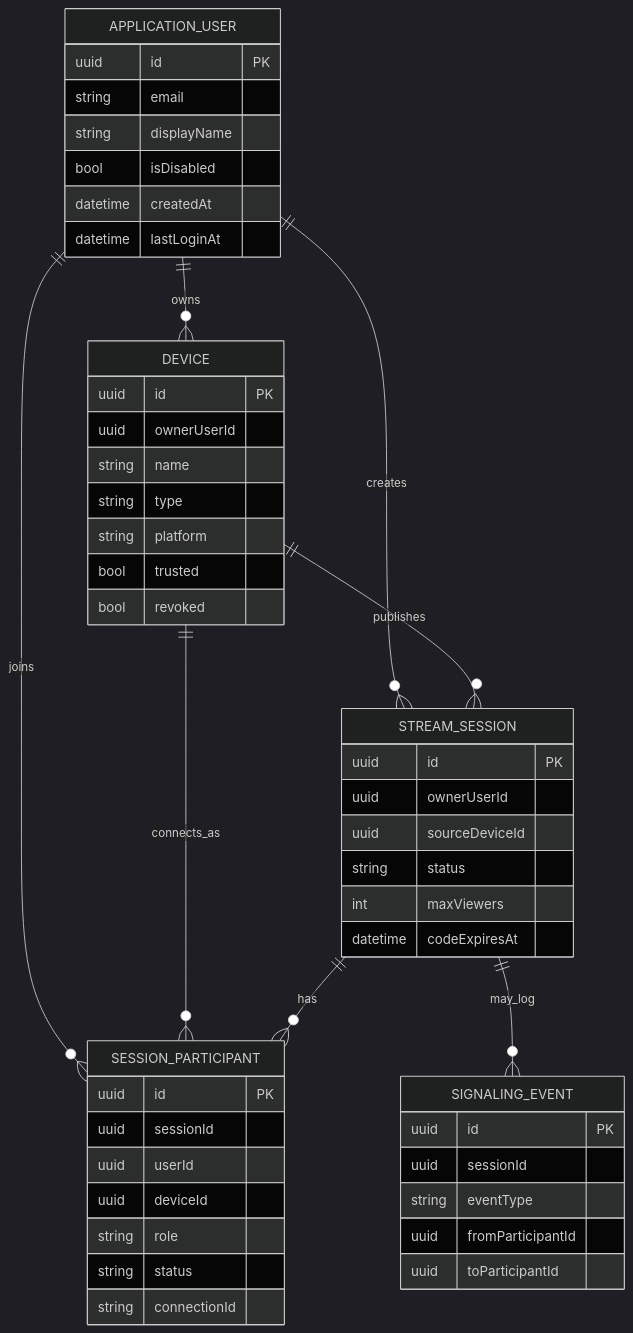
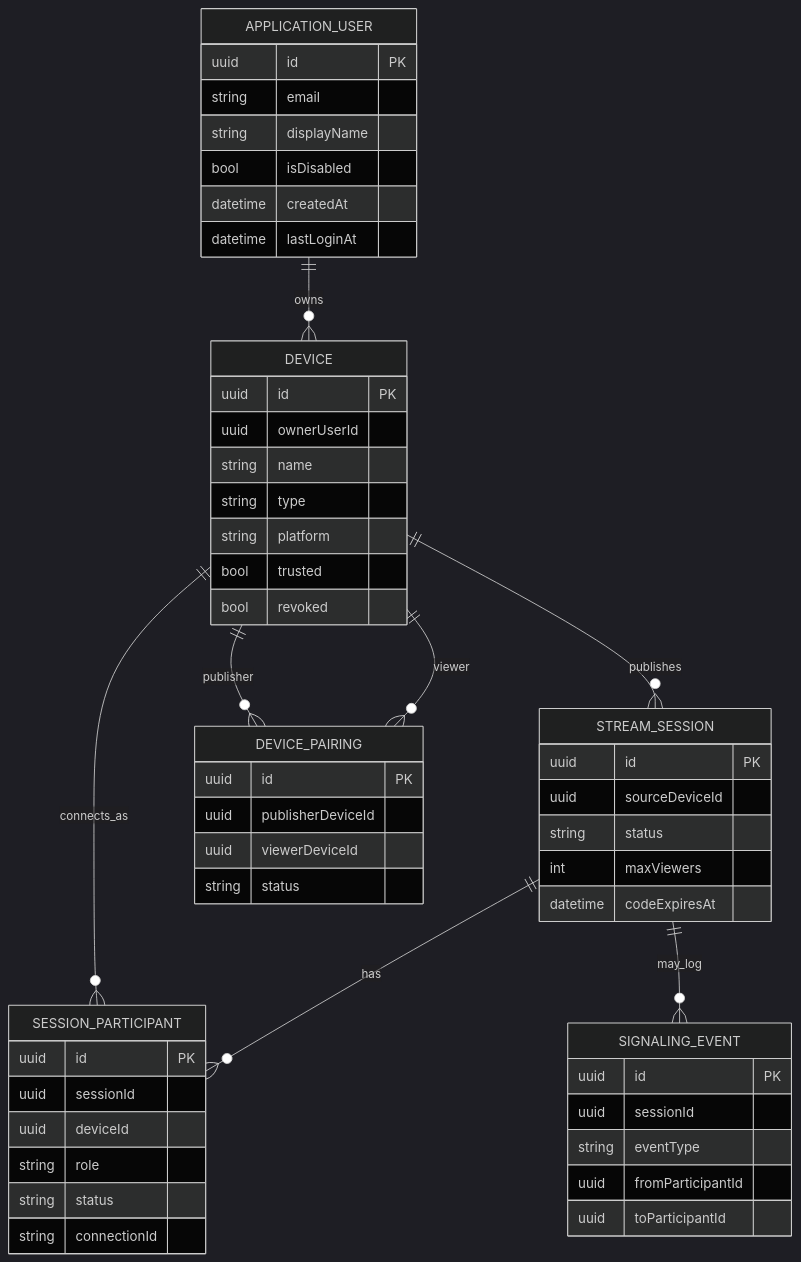
The third of 5 diagrams in docs/architecture.md (vitorhugo-dotnet/dotnet_SonicRelay), drawn with Mermaid (dark theme) before and after one commit. The commit also changed other lines of this file and 1 other file, not shown here.

Commit message:
docs: update session pairing protocol

````diff
--- a/docs/architecture.md
+++ b/docs/architecture.md
@@ -101,52 +101,56 @@
 ```mermaid
 erDiagram
     APPLICATION_USER ||--o{ DEVICE : owns
-    APPLICATION_USER ||--o{ STREAM_SESSION : creates
-    APPLICATION_USER ||--o{ SESSION_PARTICIPANT : joins
     DEVICE ||--o{ STREAM_SESSION : publishes
     DEVICE ||--o{ SESSION_PARTICIPANT : connects_as
+    DEVICE ||--o{ DEVICE_PAIRING : publisher
+    DEVICE ||--o{ DEVICE_PAIRING : viewer
     STREAM_SESSION ||--o{ SESSION_PARTICIPANT : has
     STREAM_SESSION ||--o{ SIGNALING_EVENT : may_log
 
     APPLICATION_USER {
         uuid id PK
         string email
         string displayName
         bool isDisabled
         datetime createdAt
         datetime lastLoginAt
     }
     DEVICE {
         uuid id PK
         uuid ownerUserId
         string name
         string type
         string platform
         bool trusted
         bool revoked
     }
     STREAM_SESSION {
         uuid id PK
-        uuid ownerUserId
         uuid sourceDeviceId
         string status
         int maxViewers
         datetime codeExpiresAt
     }
     SESSION_PARTICIPANT {
         uuid id PK
         uuid sessionId
-        uuid userId
         uuid deviceId
         string role
         string status
         string connectionId
+    }
+    DEVICE_PAIRING {
+        uuid id PK
+        uuid publisherDeviceId
+        uuid viewerDeviceId
+        string status
     }
     SIGNALING_EVENT {
         uuid id PK
         uuid sessionId
         string eventType
         uuid fromParticipantId
         uuid toParticipantId
     }
 ```
````
